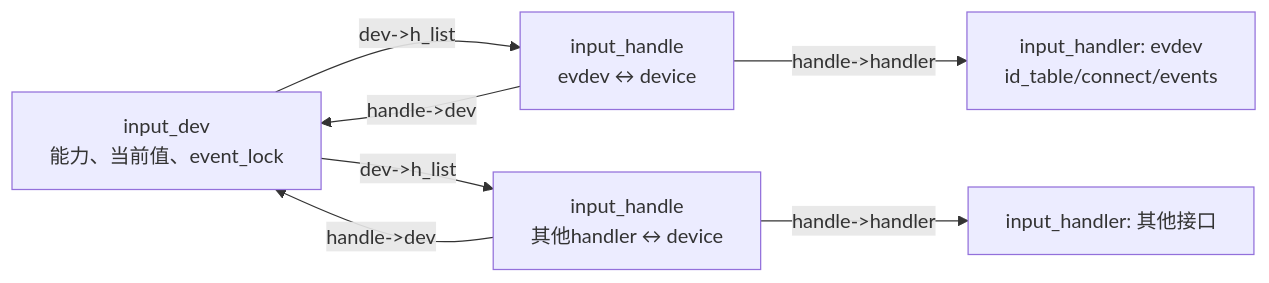
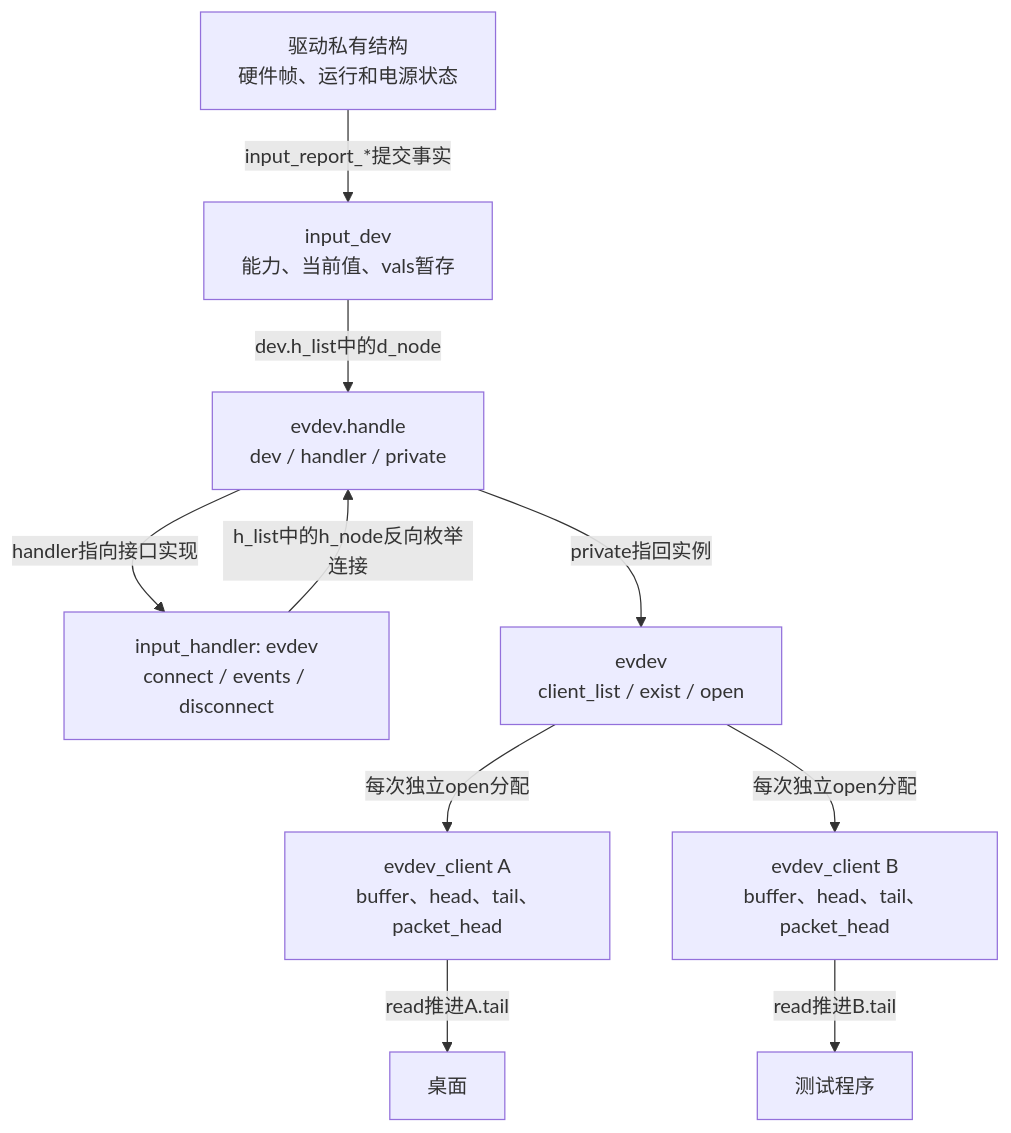
Before and after one commit to FormingSystem/linux_note: the first of 3 diagrams in knowledge/driver_model/input/P02_体系结构与事件传递.md, drawn with Mermaid. The commit also changed other lines of this file and 14 other files, not shown here.

````diff
--- a/knowledge/driver_model/input/P02_体系结构与事件传递.md
+++ b/knowledge/driver_model/input/P02_体系结构与事件传递.md
@@ -73,14 +26,12 @@
 ```mermaid
-flowchart LR
-    DEV["input_dev<br/>能力、当前值、event_lock"]
-    H1["input_handle<br/>evdev ↔ device"]
-    H2["input_handle<br/>其他handler ↔ device"]
-    EV["input_handler: evdev<br/>id_table/connect/events"]
-    OH["input_handler: 其他接口"]
-    DEV -- "dev->h_list" --> H1
-    DEV -- "dev->h_list" --> H2
-    H1 -- "handle->handler" --> EV
-    H2 -- "handle->handler" --> OH
-    H1 -- "handle->dev" --> DEV
-    H2 -- "handle->dev" --> DEV
+flowchart TD
+    d["驱动私有结构<br/>硬件帧、运行和电源状态"] -->|"input_report_*提交事实"| i["input_dev<br/>能力、当前值、vals暂存"]
+    i -->|"dev.h_list中的d_node"| h["evdev.handle<br/>dev / handler / private"]
+    h -->|"handler指向接口实现"| eh["input_handler: evdev<br/>connect / events / disconnect"]
+    h -->|"private指回实例"| e["evdev<br/>client_list / exist / open"]
+    eh -->|"h_list中的h_node反向枚举连接"| h
+    e -->|"每次独立open分配"| a["evdev_client A<br/>buffer、head、tail、packet_head"]
+    e -->|"每次独立open分配"| b["evdev_client B<br/>buffer、head、tail、packet_head"]
+    a -->|"read推进A.tail"| ua["桌面"]
+    b -->|"read推进B.tail"| ub["测试程序"]
 ```
````
